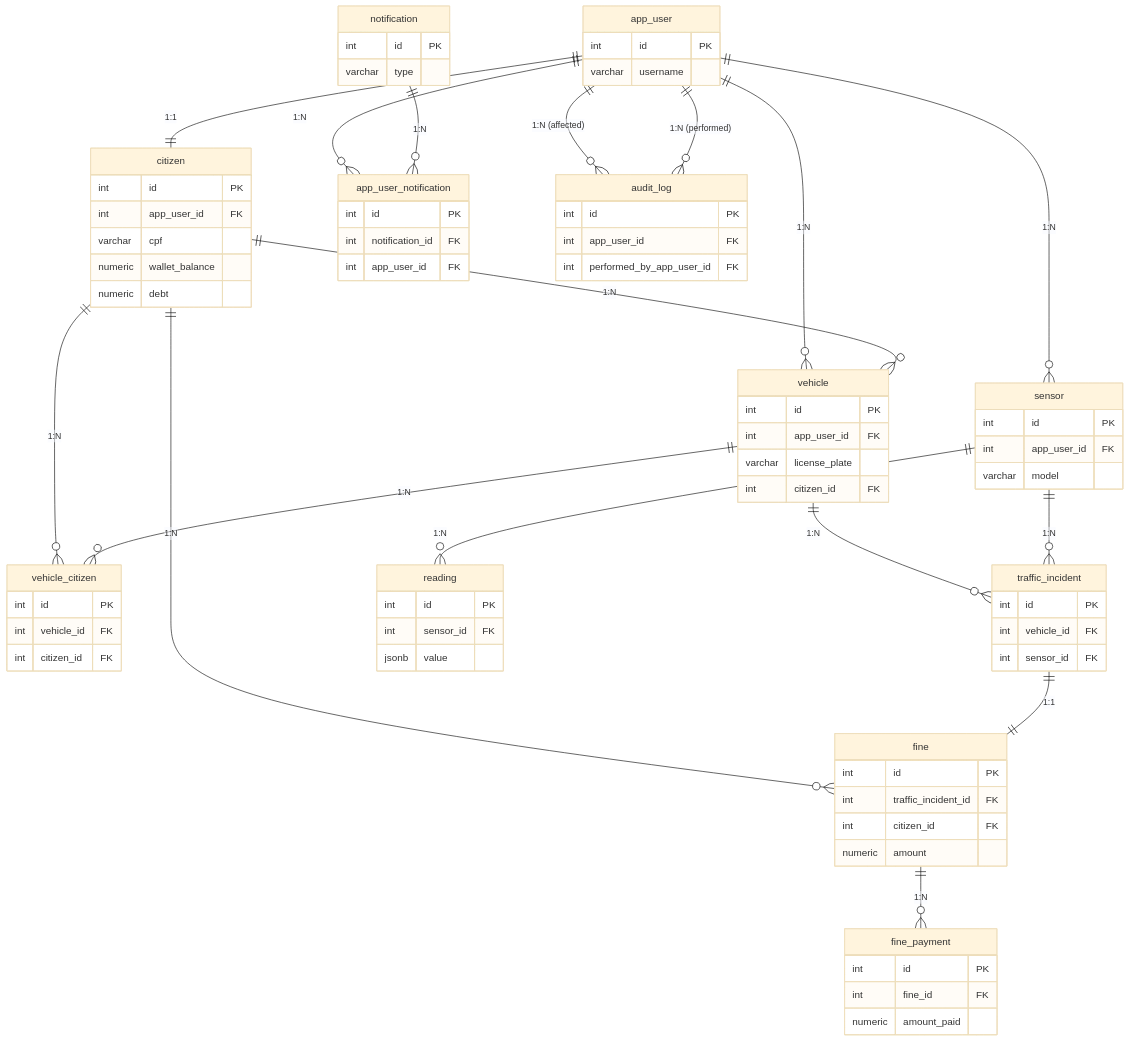
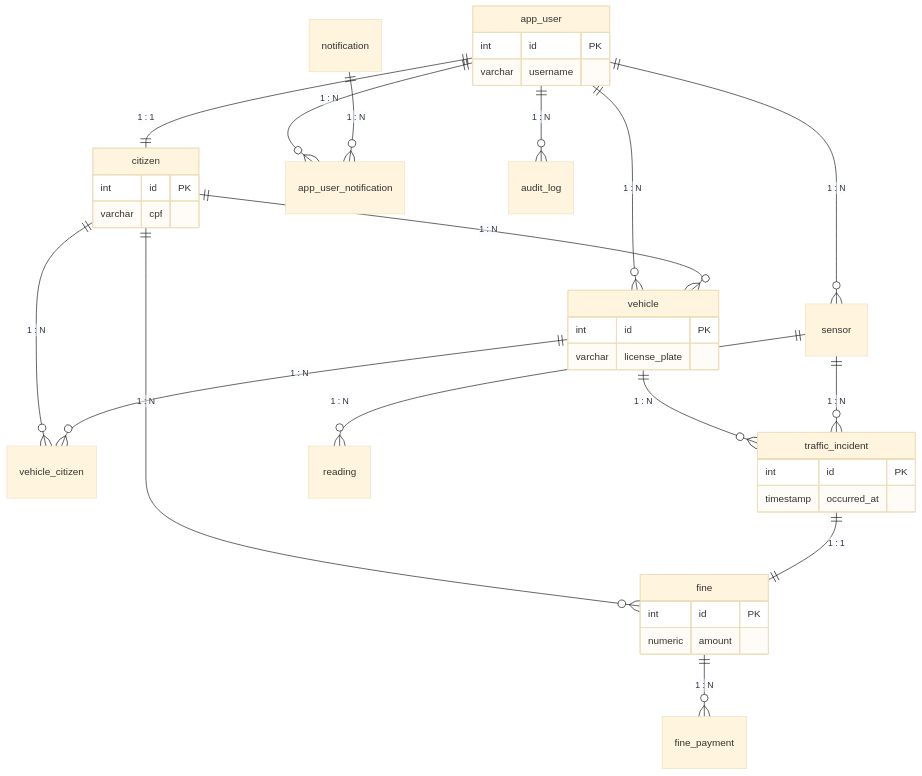
Before and after one commit to cidade-felipe/smart-city-os: the diagram in DOCUMENTATION.md, drawn with Mermaid (base theme). The commit also changed other lines of this file, not shown here.

Commit message:
atualizacao da documentacao

````diff
--- a/DOCUMENTATION.md
+++ b/DOCUMENTATION.md
@@ -60,26 +59,26 @@
 ```mermaid
 erDiagram
-    app_user ||--|| citizen : "1:1"
-    app_user ||--o{ vehicle : "1:N"
-    app_user ||--o{ sensor : "1:N"
-    app_user ||--o{ app_user_notification : "1:N"
-    app_user ||--o{ audit_log : "1:N (affected)"
-    app_user ||--o{ audit_log : "1:N (performed)"
+    %% Estilização para melhorar contraste
+    app_user ||--|| citizen : "1 : 1"
+    app_user ||--o{ vehicle : "1 : N"
+    app_user ||--o{ sensor : "1 : N"
+    app_user ||--o{ app_user_notification : "1 : N"
+    app_user ||--o{ audit_log : "1 : N"
+    
+    citizen ||--o{ vehicle : "1 : N"
+    citizen ||--o{ vehicle_citizen : "1 : N"
+    citizen ||--o{ fine : "1 : N"
 
-    citizen ||--o{ vehicle : "1:N"
-    citizen ||--o{ vehicle_citizen : "1:N"
-    citizen ||--o{ fine : "1:N"
+    vehicle ||--o{ vehicle_citizen : "1 : N"
+    vehicle ||--o{ traffic_incident : "1 : N"
 
-    vehicle ||--o{ vehicle_citizen : "1:N"
-    vehicle ||--o{ traffic_incident : "1:N"
+    sensor ||--o{ reading : "1 : N"
+    sensor ||--o{ traffic_incident : "1 : N"
 
-    sensor ||--o{ reading : "1:N"
-    sensor ||--o{ traffic_incident : "1:N"
+    traffic_incident ||--|| fine : "1 : 1"
+    fine ||--o{ fine_payment : "1 : N"
 
-    traffic_incident ||--|| fine : "1:1"
-    fine ||--o{ fine_payment : "1:N"
-
-    notification ||--o{ app_user_notification : "1:N"
+    notification ||--o{ app_user_notification : "1 : N"
 
     app_user {
         int id PK
@@ -87,60 +86,18 @@
     }
     citizen {
         int id PK
-        int app_user_id FK
         varchar cpf
-        numeric wallet_balance
-        numeric debt
     }
     vehicle {
         int id PK
-        int app_user_id FK
         varchar license_plate
-        int citizen_id FK
     }
-    vehicle_citizen {
+    fine {
         int id PK
-        int vehicle_id FK
-        int citizen_id FK
-    }
-    sensor {
-        int id PK
-        int app_user_id FK
-        varchar model
-    }
-    reading {
-        int id PK
-        int sensor_id FK
-        jsonb value
+        numeric amount
     }
     traffic_incident {
         int id PK
-        int vehicle_id FK
-        int sensor_id FK
-    }
-    fine {
-        int id PK
-        int traffic_incident_id FK
-        int citizen_id FK
-        numeric amount
-    }
-    fine_payment {
-        int id PK
-        int fine_id FK
-        numeric amount_paid
-    }
-    notification {
-        int id PK
-        varchar type
-    }
-    app_user_notification {
-        int id PK
-        int notification_id FK
-        int app_user_id FK
-    }
-    audit_log {
-        int id PK
-        int app_user_id FK
-        int performed_by_app_user_id FK
+        timestamp occurred_at
     }
 ```
````
